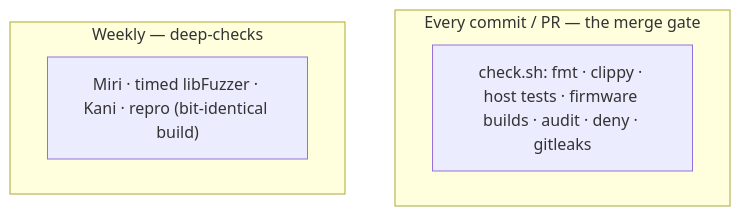
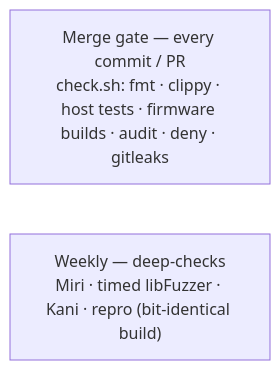
One commit to librekeys/RS-Key changed the second of 2 diagrams in docs/testing.md. Above: the diagram before and after it, drawn with Mermaid. The commit also changed 3 other files, not shown here.

````diff
--- a/docs/testing.md
+++ b/docs/testing.md
@@ -235,9 +235,6 @@
 ```mermaid
 flowchart TB
-    subgraph commit["Every commit / PR — the merge gate"]
-      c["check.sh: fmt · clippy · host tests · firmware builds · audit · deny · gitleaks"]
-    end
-    subgraph weekly["Weekly — deep-checks"]
-      w["Miri · timed libFuzzer · Kani · repro (bit-identical build)"]
-    end
+    a["Merge gate — every commit / PR<br/>check.sh: fmt · clippy · host tests · firmware builds · audit · deny · gitleaks"]
+    b["Weekly — deep-checks<br/>Miri · timed libFuzzer · Kani · repro (bit-identical build)"]
+    a ~~~ b
 ```
````
